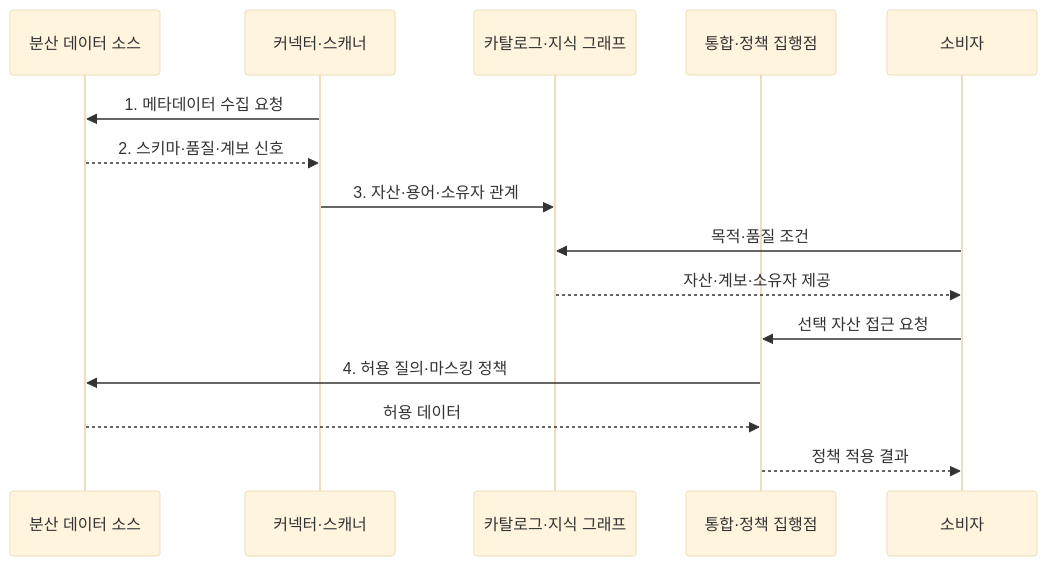
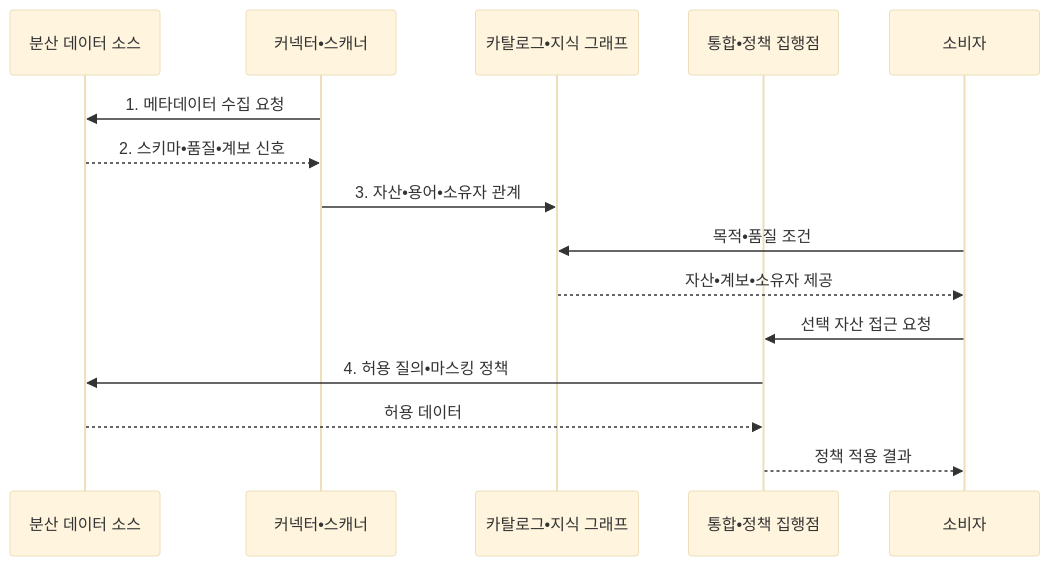
Before and after one commit to agnusdei1207/knowledge-base: the second of 2 diagrams in src/content/docs/notes/03-software/132_data_fabric.md, drawn with Mermaid (base theme). The commit also changed other lines of this file and 953 other files, not shown here.

````diff
--- a/src/content/docs/notes/03-software/132_data_fabric.md
+++ b/src/content/docs/notes/03-software/132_data_fabric.md
@@ -111,17 +111,17 @@
 ```mermaid
 sequenceDiagram
     participant S as 분산 데이터 소스
-    participant C as 커넥터·스캐너
-    participant K as 카탈로그·지식 그래프
-    participant E as 통합·정책 집행점
+    participant C as 커넥터•스캐너
+    participant K as 카탈로그•지식 그래프
+    participant E as 통합•정책 집행점
     participant U as 소비자
     C->>S: 1. 메타데이터 수집 요청
-    S-->>C: 2. 스키마·품질·계보 신호
-    C->>K: 3. 자산·용어·소유자 관계
-    U->>K: 목적·품질 조건
-    K-->>U: 자산·계보·소유자 제공
+    S-->>C: 2. 스키마•품질•계보 신호
+    C->>K: 3. 자산•용어•소유자 관계
+    U->>K: 목적•품질 조건
+    K-->>U: 자산•계보•소유자 제공
     U->>E: 선택 자산 접근 요청
-    E->>S: 4. 허용 질의·마스킹 정책
+    E->>S: 4. 허용 질의•마스킹 정책
     S-->>E: 허용 데이터
     E-->>U: 정책 적용 결과
 ```
````
